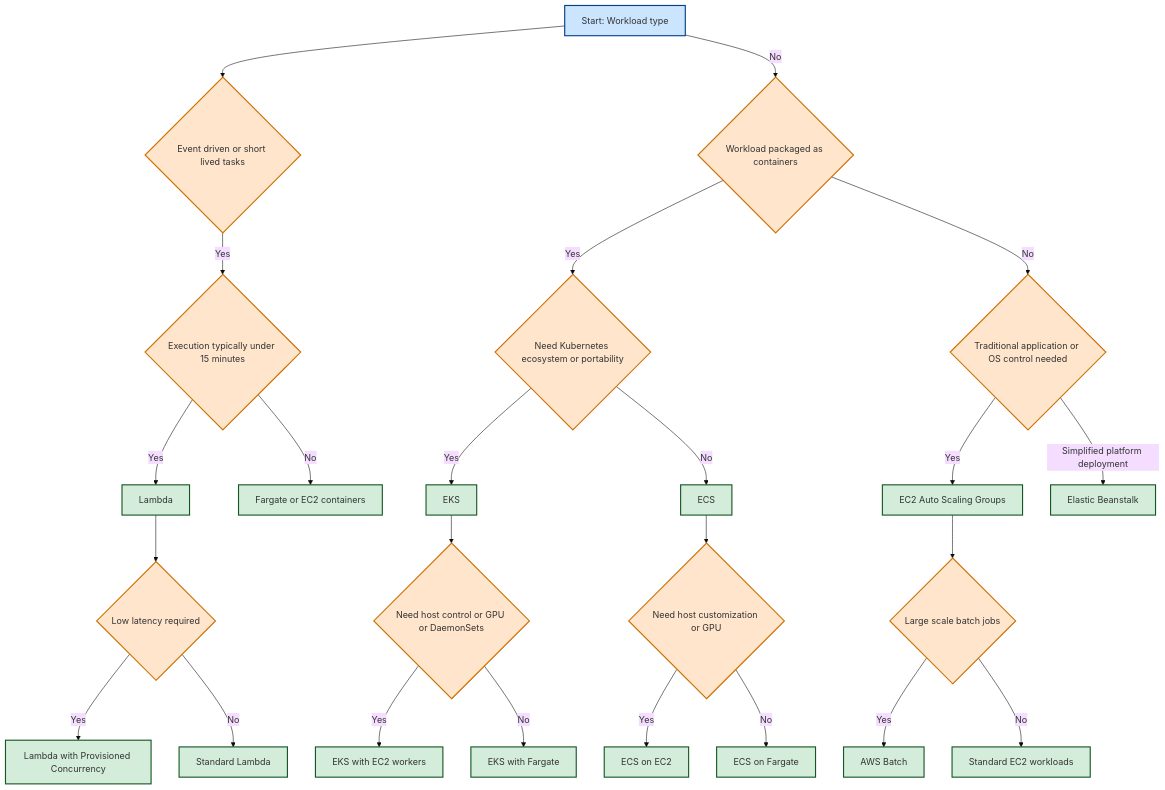
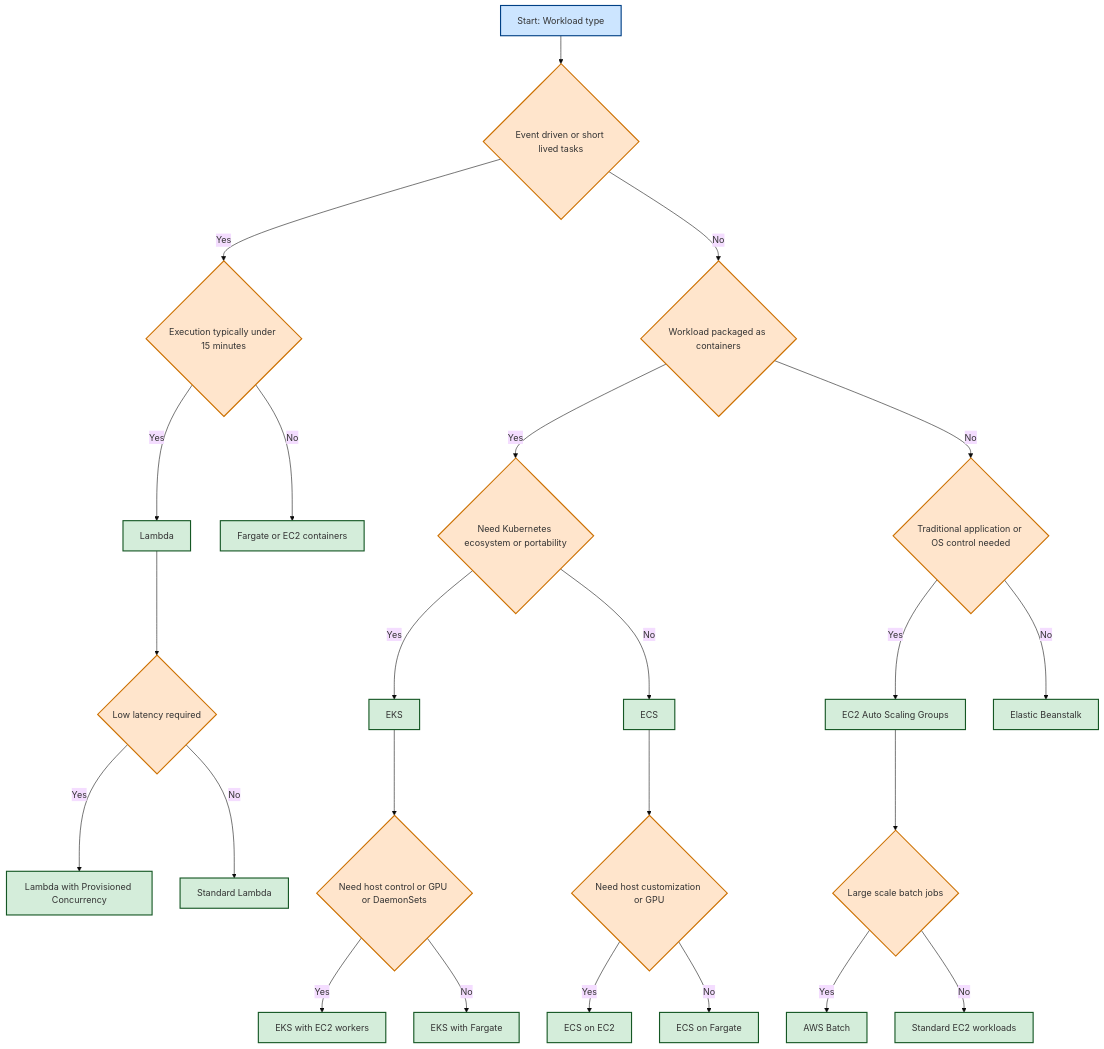
The fifth of 6 diagrams in notes/16-decision-trees.md (sukdebc/aws-sa-pro-notes), drawn with Mermaid (base theme) before and after one commit. The commit also changed other lines of this file, not shown here.

````diff
--- a/notes/16-decision-trees.md
+++ b/notes/16-decision-trees.md
@@ -228,42 +228,43 @@
 ```mermaid
 flowchart TD
 
   A[Start: Workload type] --> B{Event driven or short lived tasks}
+
   B -->|Yes| C{Execution typically under 15 minutes}
   C -->|Yes| D[Lambda]
   C -->|No| E[Fargate or EC2 containers]
 
   D --> F{Low latency required}
   F -->|Yes| G[Lambda with Provisioned Concurrency]
   F -->|No| H[Standard Lambda]
 
-  A -->|No| I{Workload packaged as containers}
+  B -->|No| I{Workload packaged as containers}
   I -->|Yes| J{Need Kubernetes ecosystem or portability}
   J -->|Yes| K[EKS]
   J -->|No| L[ECS]
 
   K --> M{Need host control or GPU or DaemonSets}
   M -->|Yes| N[EKS with EC2 workers]
   M -->|No| O[EKS with Fargate]
 
   L --> P{Need host customization or GPU}
   P -->|Yes| Q[ECS on EC2]
   P -->|No| R[ECS on Fargate]
 
   I -->|No| S{Traditional application or OS control needed}
   S -->|Yes| T[EC2 Auto Scaling Groups]
-  S -->|Simplified platform deployment| U[Elastic Beanstalk]
+  S -->|No| U[Elastic Beanstalk]
 
   T --> V{Large scale batch jobs}
   V -->|Yes| W[AWS Batch]
   V -->|No| X[Standard EC2 workloads]
 
   %% Styles
   style A fill:#cce5ff,stroke:#004085,stroke-width:2px
   classDef decision fill:#ffe5cc,stroke:#cc7000,stroke-width:2px
   classDef service fill:#d4edda,stroke:#155724,stroke-width:2px
 
   class B,C,F,I,J,M,P,S,V decision
   class D,E,G,H,K,L,N,O,Q,R,T,U,W,X service
 
 ```
````
